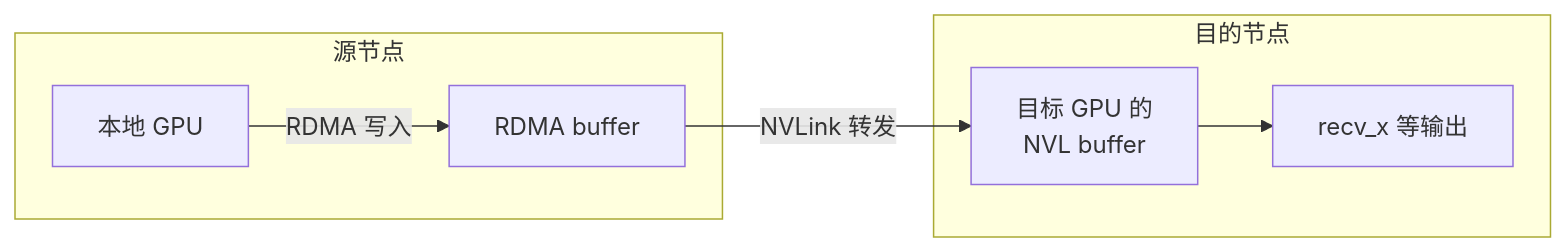
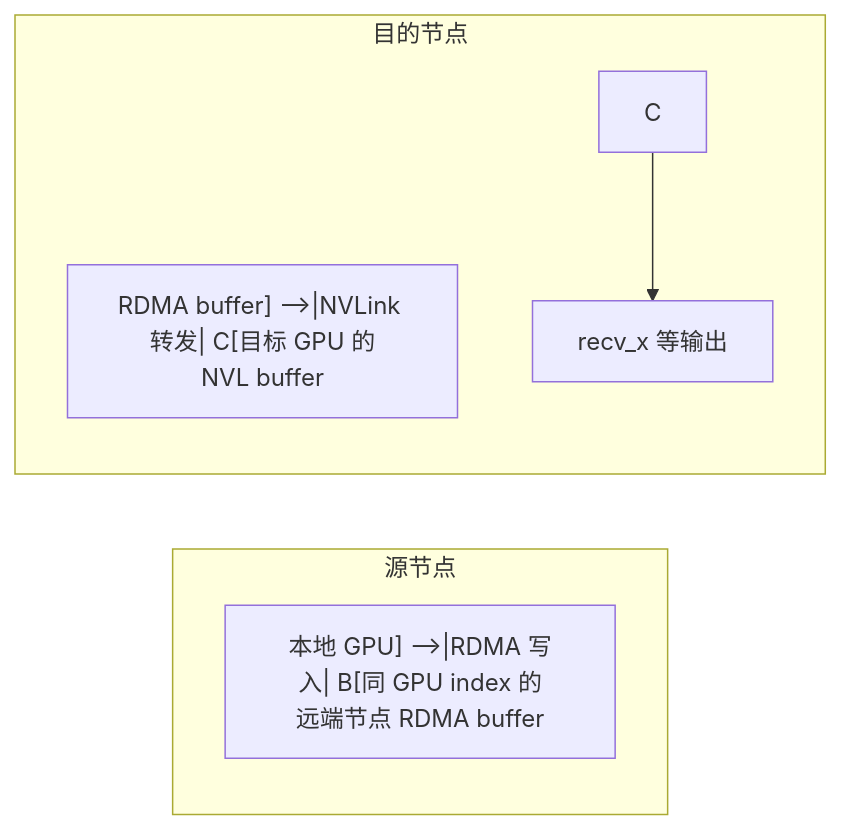
One commit to s0okiym/share changed the eighth of 19 diagrams in glm5.1_ep.md. Above: the diagram before and after it, drawn with Mermaid. The commit also changed other lines of this file, not shown here.

````diff
--- a/glm5.1_ep.md
+++ b/glm5.1_ep.md
@@ -264,11 +264,11 @@
 ```mermaid
 flowchart LR
     subgraph "源节点"
-        A[本地 GPU] -->|RDMA 写入| B[同 GPU index 的<br/>远端节点 RDMA buffer]
+        A["本地 GPU] -->|RDMA 写入| B[同 GPU index 的<br/>远端节点 RDMA buffer"]
     end
     
     subgraph "目的节点"
-        B[RDMA buffer] -->|NVLink 转发| C[目标 GPU 的<br/>NVL buffer]
+        B["RDMA buffer] -->|NVLink 转发| C[目标 GPU 的<br/>NVL buffer"]
         C --> D[recv_x 等输出]
     end
 ```
````
